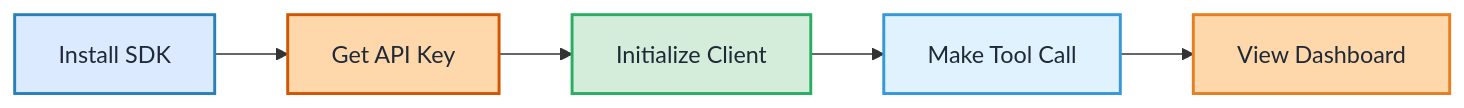
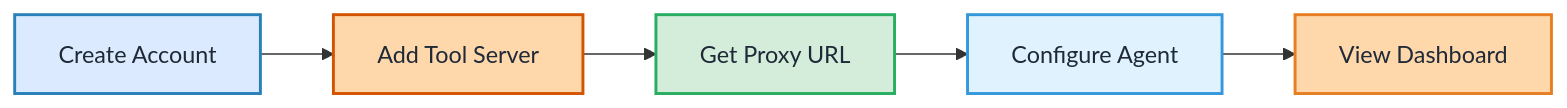
Before and after one commit to agentflare-ai/docs: the diagram in content/quickstart.mdx, drawn with Mermaid. The commit also changed other lines of this file and 13 other files, not shown here.

````diff
--- a/content/quickstart.mdx
+++ b/content/quickstart.mdx
@@ -11,13 +11,13 @@
 ```mermaid
 graph LR
-    A[Install SDK] --> B[Get API Key]
-    B --> C[Initialize Client]
-    C --> D[Make Tool Call]
+    A[Create Account] --> B[Add Tool Server]
+    B --> C[Get Proxy URL]
+    C --> D[Configure Agent]
     D --> E[View Dashboard]
-    
+
     style A fill:#DBEAFE,stroke:#2980b9,stroke-width:2px,color:#1F2937
     style B fill:#FED7AA,stroke:#d35400,stroke-width:2px,color:#1F2937
     style C fill:#D4EDDA,stroke:#27ae60,stroke-width:2px,color:#1F2937
     style D fill:#E0F2FE,stroke:#3498db,stroke-width:2px,color:#1F2937
     style E fill:#FED7AA,stroke:#e67e22,stroke-width:2px,color:#1F2937
 ```
````
